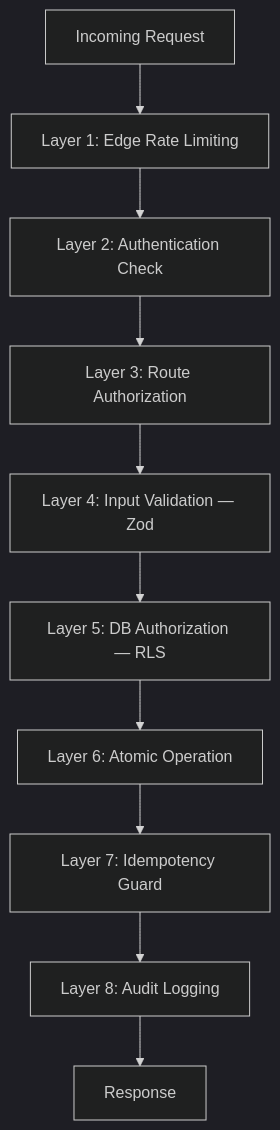
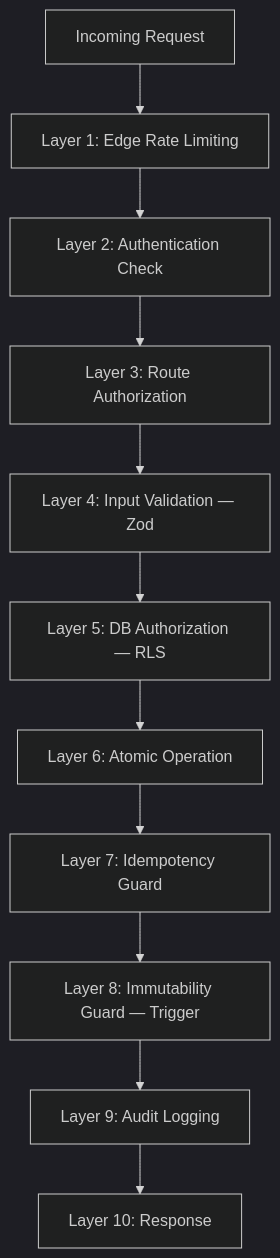
One commit to zainshah3464/vestior-store changed the first of 2 diagrams in docs/security.md. Above: the diagram before and after it, drawn with Mermaid (dark theme). The commit also changed other lines of this file and 13 other files, not shown here.

````diff
--- a/docs/security.md
+++ b/docs/security.md
@@ -83,12 +102,13 @@
 ```mermaid
 flowchart TB
     A[Incoming Request] --> B[Layer 1: Edge Rate Limiting]
     B --> C[Layer 2: Authentication Check]
     C --> D[Layer 3: Route Authorization]
     D --> E[Layer 4: Input Validation — Zod]
     E --> F[Layer 5: DB Authorization — RLS]
     F --> G[Layer 6: Atomic Operation]
     G --> H[Layer 7: Idempotency Guard]
-    H --> I[Layer 8: Audit Logging]
-    I --> J[Response]
+    H --> I[Layer 8: Immutability Guard — Trigger]
+    I --> J[Layer 9: Audit Logging]
+    J --> K[Layer 10: Response]
 ```
````
